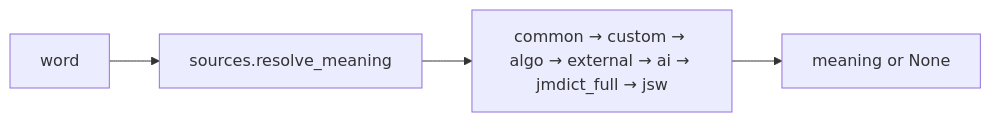
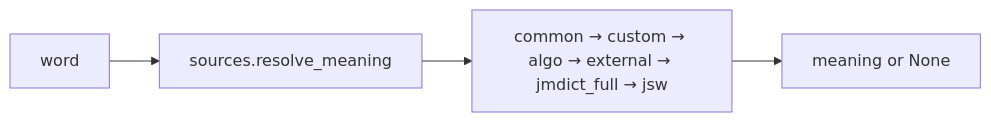
Before and after one commit to PikaPikaGems/kanji-heatmap-data: the sixth of 7 diagrams in notes/flowchart.md, drawn with Mermaid. The commit also changed other lines of this file and 22 other files, not shown here.

````diff
--- a/notes/flowchart.md
+++ b/notes/flowchart.md
@@ -254,6 +248,6 @@
 ```mermaid
 flowchart LR
     w[word] --> R[sources.resolve_meaning]
-    R --> o["common → custom → algo → external → ai → jmdict_full → jsw"]
+    R --> o["common → custom → algo → external → jmdict_full → jsw"]
     o --> m[meaning or None]
 ```
````
